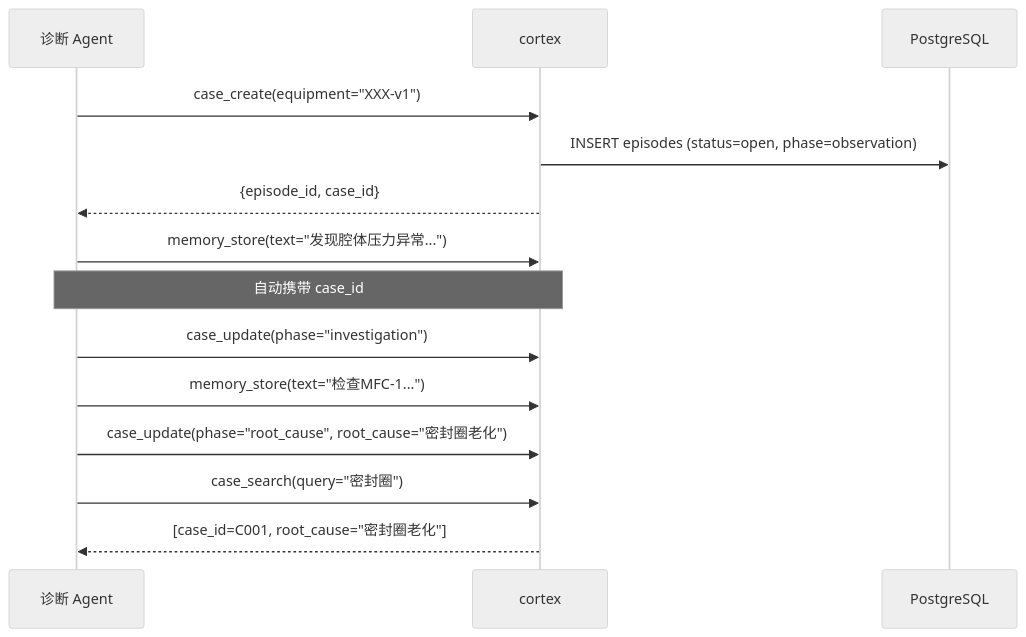
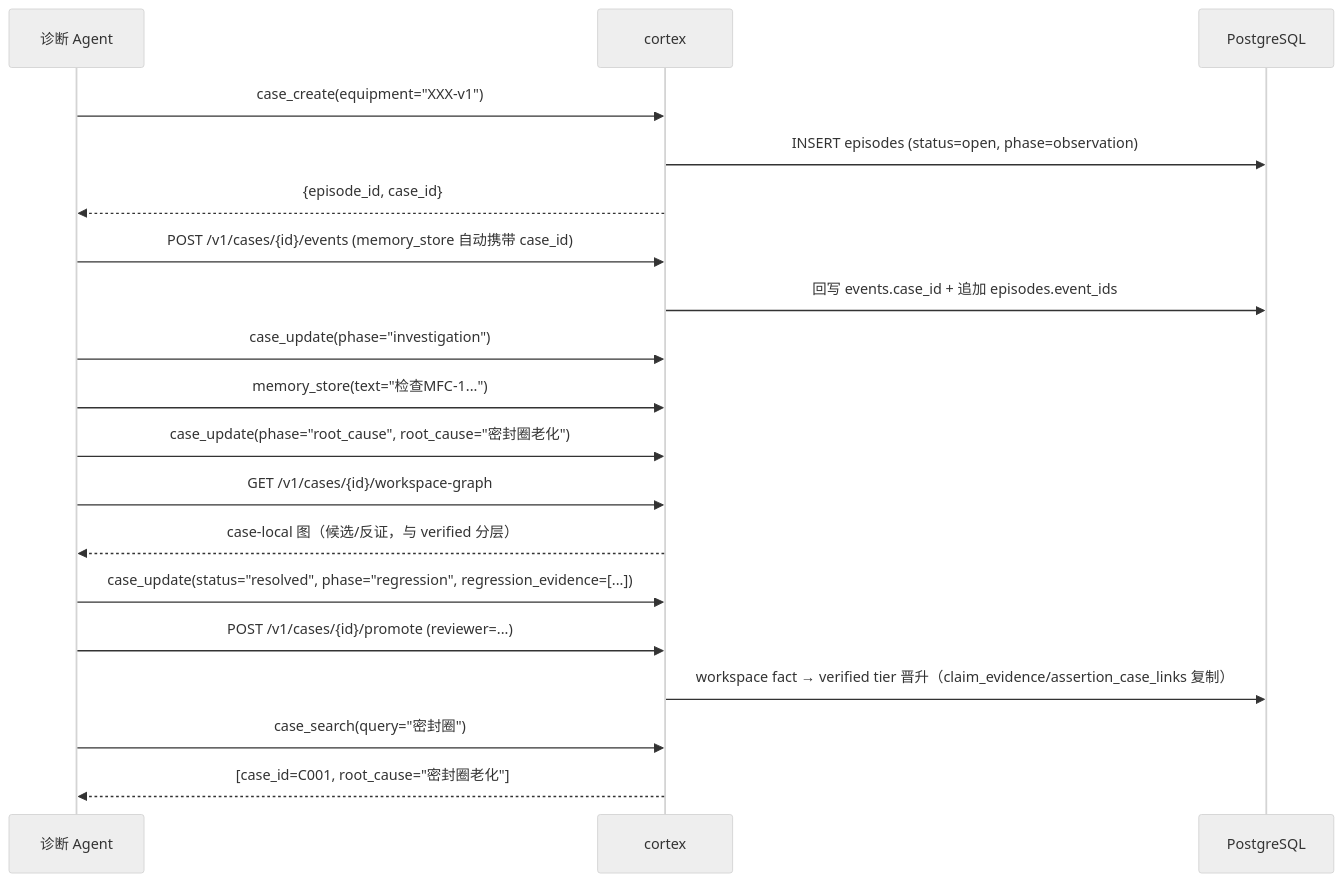
The third of 3 diagrams in source/chapters/07-episodes-and-case.md (pty819/cortex-py-book), drawn with Mermaid (neutral theme) before and after one commit. The commit also changed other lines of this file and 27 other files, not shown here.

````diff
--- a/source/chapters/07-episodes-and-case.md
+++ b/source/chapters/07-episodes-and-case.md
@@ -208,20 +234,27 @@
 ```{mermaid}
 sequenceDiagram
     participant A as 诊断 Agent
     participant C as cortex
     participant DB as PostgreSQL
     
     A->>C: case_create(equipment="XXX-v1")
     C->>DB: INSERT episodes (status=open, phase=observation)
     C-->>A: {episode_id, case_id}
     
-    A->>C: memory_store(text="发现腔体压力异常...")
-    Note over A,C: 自动携带 case_id
+    A->>C: POST /v1/cases/{id}/events (memory_store 自动携带 case_id)
+    C->>DB: 回写 events.case_id + 追加 episodes.event_ids
     
     A->>C: case_update(phase="investigation")
     A->>C: memory_store(text="检查MFC-1...")
     A->>C: case_update(phase="root_cause", root_cause="密封圈老化")
     
+    A->>C: GET /v1/cases/{id}/workspace-graph
+    C-->>A: case-local 图（候选/反证，与 verified 分层）
+    
+    A->>C: case_update(status="resolved", phase="regression", regression_evidence=[...])
+    A->>C: POST /v1/cases/{id}/promote (reviewer=...)
+    C->>DB: workspace fact → verified tier 晋升（claim_evidence/assertion_case_links 复制）
+    
     A->>C: case_search(query="密封圈")
     C-->>A: [case_id=C001, root_cause="密封圈老化"]
 ```
````
